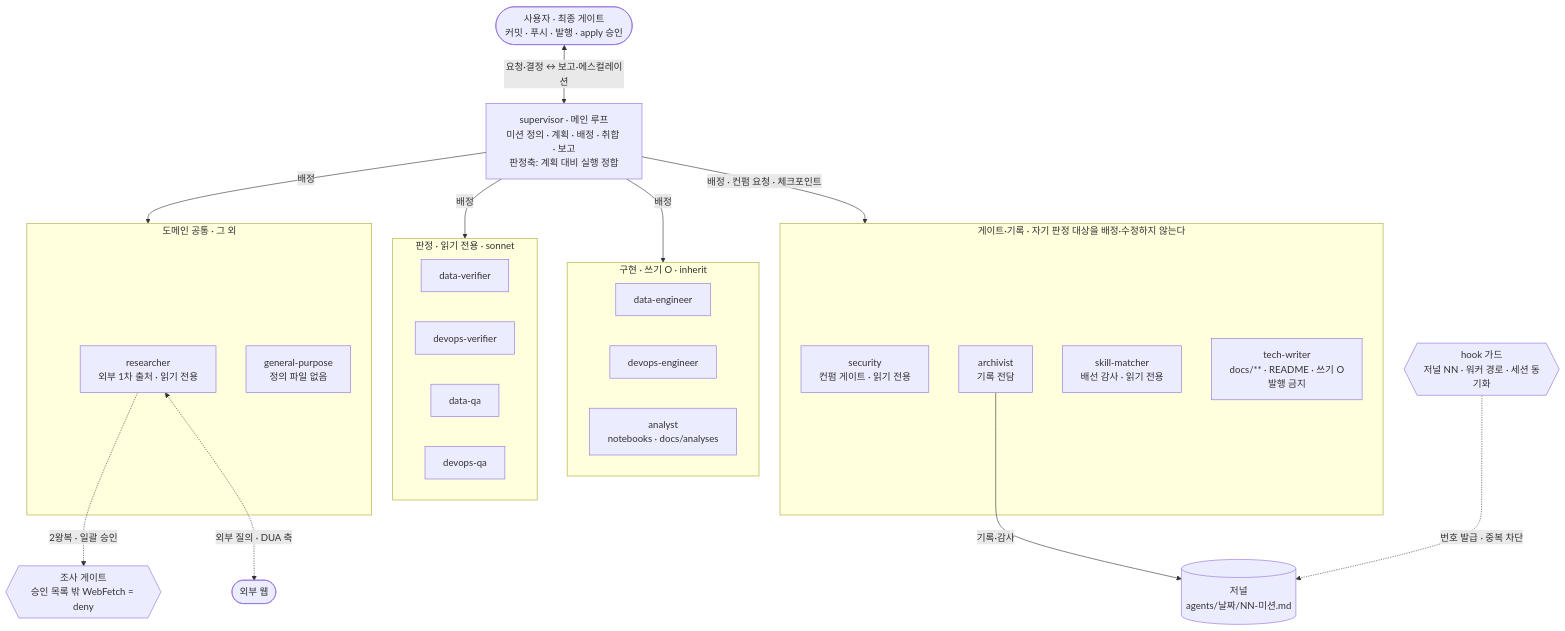
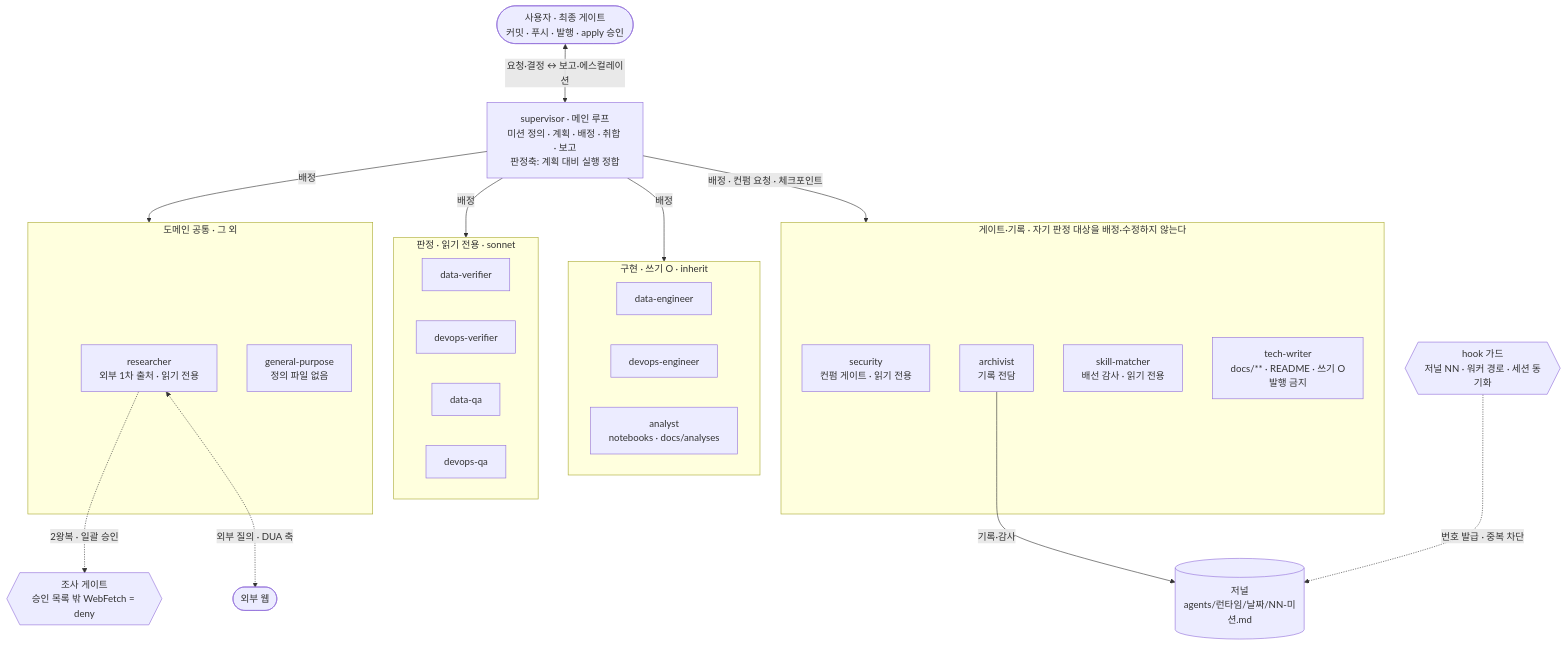
Before and after one commit to Melting-Face/pipeline-study: the diagram in docs/conventions/agents.md, drawn with Mermaid. The commit also changed 19 other files, not shown here.

````diff
--- a/docs/conventions/agents.md
+++ b/docs/conventions/agents.md
@@ -30,45 +30,45 @@
 ```mermaid
 flowchart TB
     U(["사용자 · 최종 게이트<br/>커밋 · 푸시 · 발행 · apply 승인"])
     SUP["supervisor · 메인 루프<br/>미션 정의 · 계획 · 배정 · 취합 · 보고<br/>판정축: 계획 대비 실행 정합"]
 
     subgraph impl["구현 · 쓰기 O · inherit"]
         DE["data-engineer"]
         OE["devops-engineer"]
         AN["analyst<br/>notebooks · docs/analyses"]
     end
 
     subgraph judge["판정 · 읽기 전용 · sonnet"]
         DV["data-verifier"]
         OV["devops-verifier"]
         DQ["data-qa"]
         OQ["devops-qa"]
     end
 
     subgraph outside["게이트·기록 · 자기 판정 대상을 배정·수정하지 않는다"]
         SEC["security<br/>컨펌 게이트 · 읽기 전용"]
         ARC["archivist<br/>기록 전담"]
         SKM["skill-matcher<br/>배선 감사 · 읽기 전용"]
         TW["tech-writer<br/>docs/** · README · 쓰기 O<br/>발행 금지"]
     end
 
     subgraph common["도메인 공통 · 그 외"]
         RES["researcher<br/>외부 1차 출처 · 읽기 전용"]
         GP["general-purpose<br/>정의 파일 없음"]
     end
 
     WEB(["외부 웹"])
-    JR[("저널<br/>agents/날짜/NN-미션.md")]
+    JR[("저널<br/>agents/런타임/날짜/NN-미션.md")]
     HOOK{{"hook 가드<br/>저널 NN · 워커 경로 · 세션 동기화"}}
     GATE{{"조사 게이트<br/>승인 목록 밖 WebFetch = deny"}}
 
     U <-->|"요청·결정 ↔ 보고·에스컬레이션"| SUP
     SUP -->|배정| impl
     SUP -->|배정| judge
     SUP -->|"배정 · 컨펌 요청 · 체크포인트"| outside
     SUP -->|배정| common
     RES -.->|"2왕복 · 일괄 승인"| GATE
     RES <-.->|"외부 질의 · DUA 축"| WEB
     ARC -->|기록·감사| JR
     HOOK -.->|"번호 발급 · 중복 차단"| JR
 ```
````
